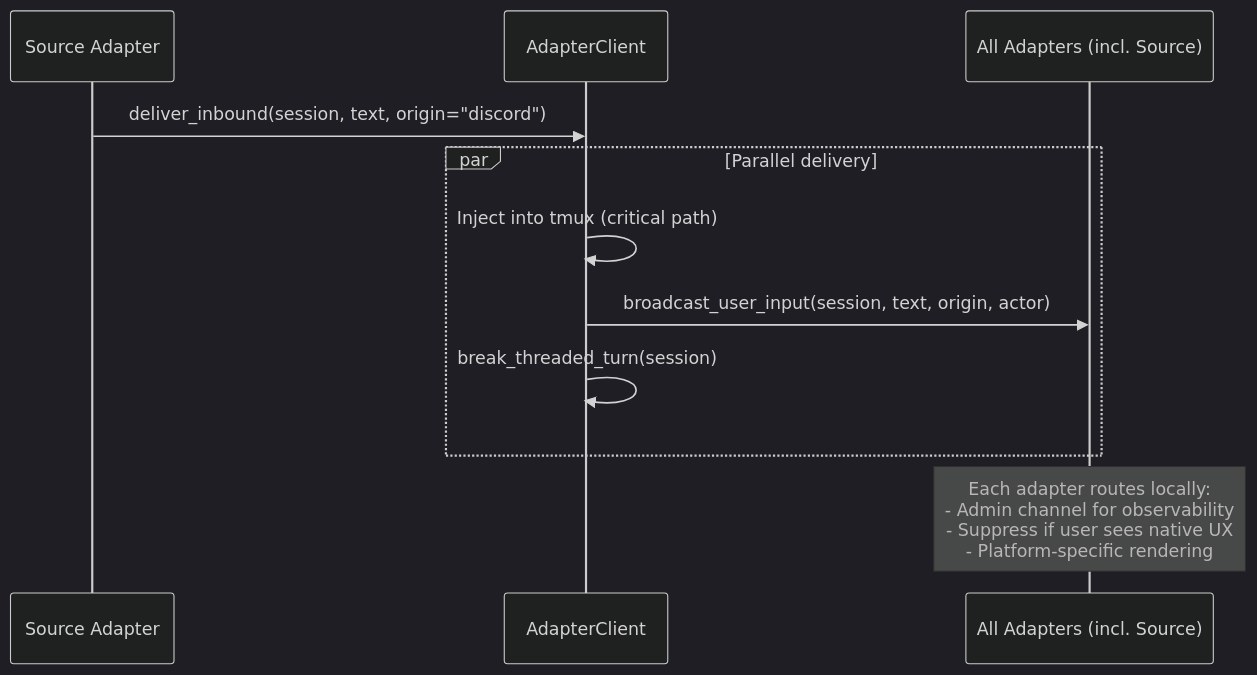
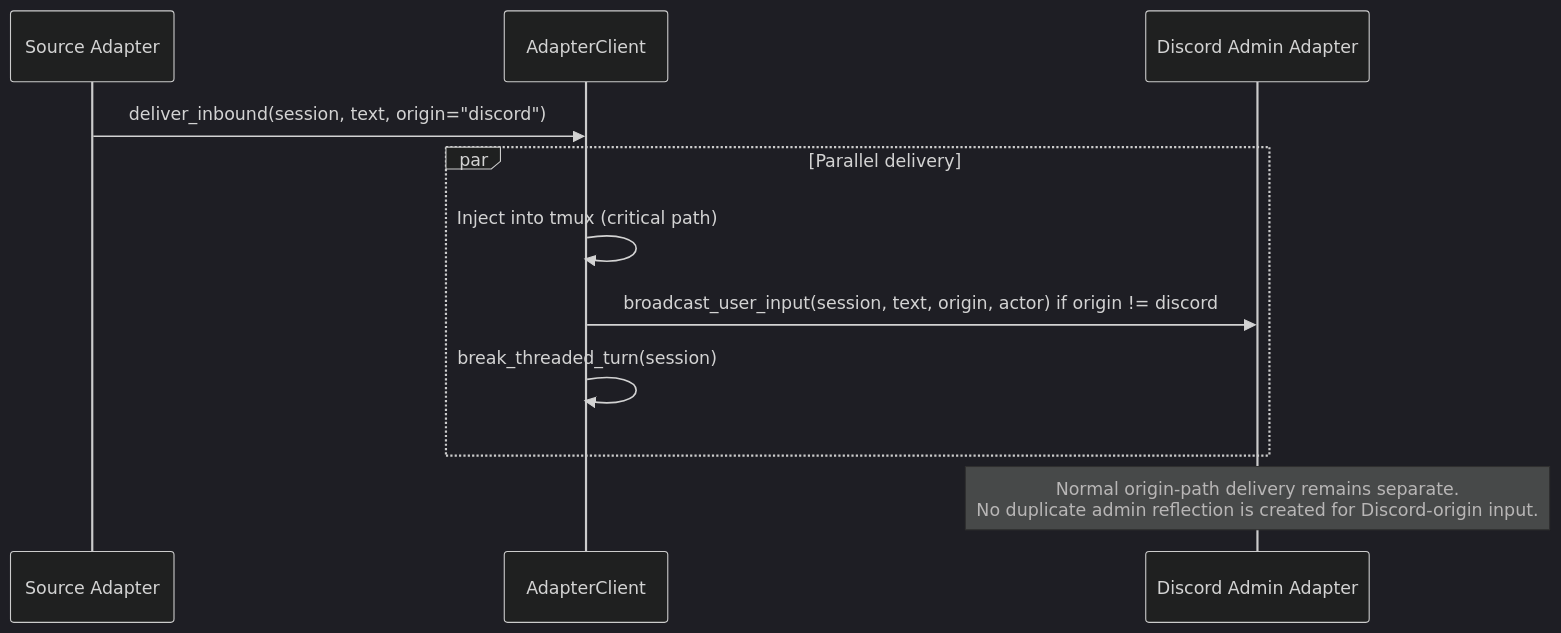
One commit to InstruktAI/TeleClaude changed the fifth of 6 diagrams in docs/project/design/architecture/adapter-client.md. Above: the diagram before and after it, drawn with Mermaid (dark theme). The commit also changed other lines of this file and 2 other files, not shown here.

Commit message:
Update reflection routing docs

````diff
--- a/docs/project/design/architecture/adapter-client.md
+++ b/docs/project/design/architecture/adapter-client.md
@@ -130,14 +130,14 @@
 ```mermaid
 sequenceDiagram
     participant Source as Source Adapter
     participant AC as AdapterClient
-    participant All as All Adapters (incl. Source)
+    participant Discord as Discord Admin Adapter
 
     Source->>AC: deliver_inbound(session, text, origin="discord")
     par Parallel delivery
         AC->>AC: Inject into tmux (critical path)
-        AC->>All: broadcast_user_input(session, text, origin, actor)
+        AC->>Discord: broadcast_user_input(session, text, origin, actor) if origin != discord
         AC->>AC: break_threaded_turn(session)
     end
-    Note over All: Each adapter routes locally:<br/>- Admin channel for observability<br/>- Suppress if user sees native UX<br/>- Platform-specific rendering
+    Note over Discord: Normal origin-path delivery remains separate.<br/>No duplicate admin reflection is created for Discord-origin input.
 ```
````
